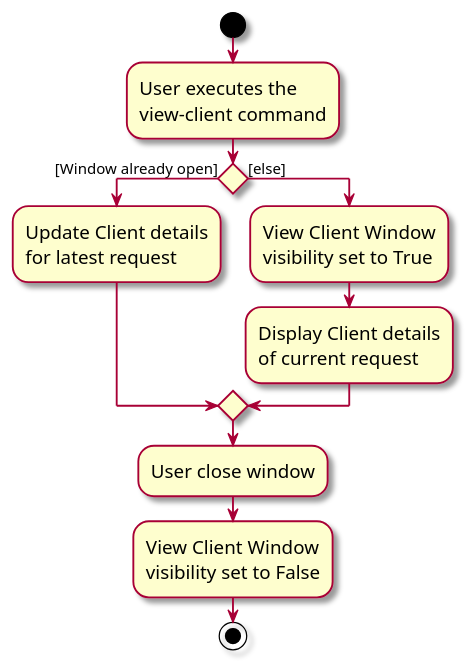
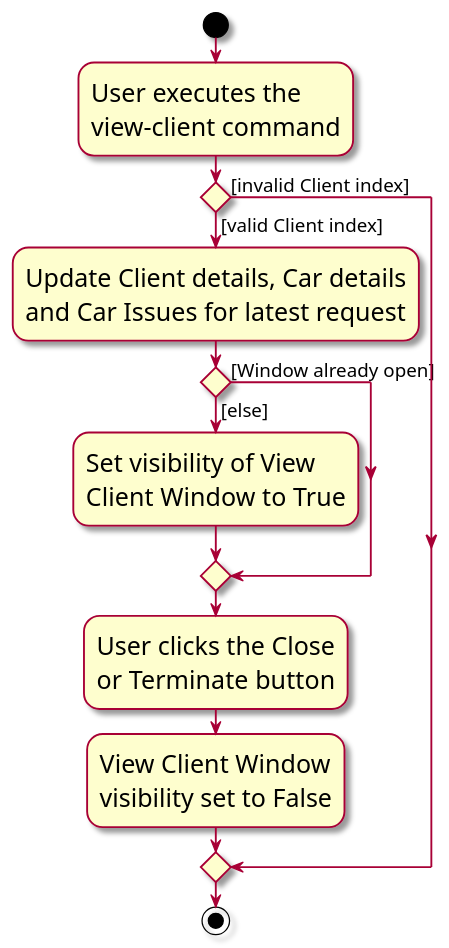
One commit to nus-cs2103-AY2425S1/tp changed the diagram in docs/diagrams/ViewClientActivityDiagram.puml. Above: the diagram before and after it, drawn with PlantUML.

Commit message:
Update DG Implementation II
Update UML Activity Diagram for View Client.

```diff
--- a/docs/diagrams/ViewClientActivityDiagram.puml
+++ b/docs/diagrams/ViewClientActivityDiagram.puml
@@ -1,26 +1,27 @@
 @startuml
 skin rose
-skinparam ActivityFontSize 15
-skinparam ArrowFontSize 12
+skinparam ActivityFontSize 20
+skinparam ArrowFontSize 15
 start
 :User executes the
 view-client command;
 
-'Since the beta syntax does not support placing the condition outside the
-'diamond we place it as the true branch instead.
+if () then ([valid Client index])
+    :Update Client details, Car details
+    and Car Issues for latest request;
 
-if () then ([Window already open])
-    :Update Client details
-    for latest request;
-else ([else])
-    :View Client Window
-    visibility set to True;
-    :Display Client details
-    of current request;
-endif
+    if () then ([Window already open])
+    else ([else])
+        :Set visibility of View
+        Client Window to True;
+    endif
 
-:User close window;
+:User clicks the Close
+or Terminate button;
 :View Client Window
 visibility set to False;
+
+else ([invalid Client index])
+endif
 stop
 @enduml
```
